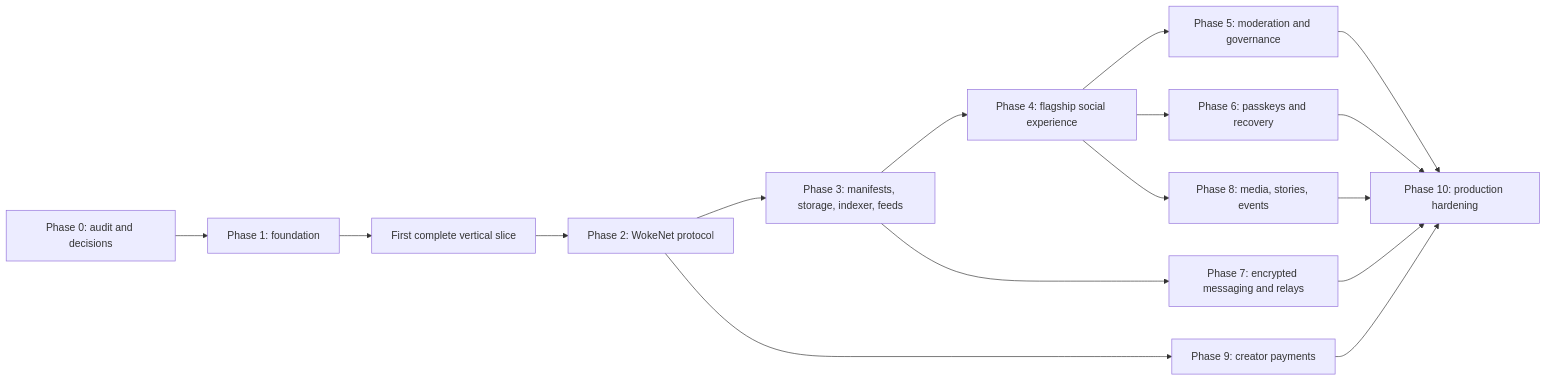
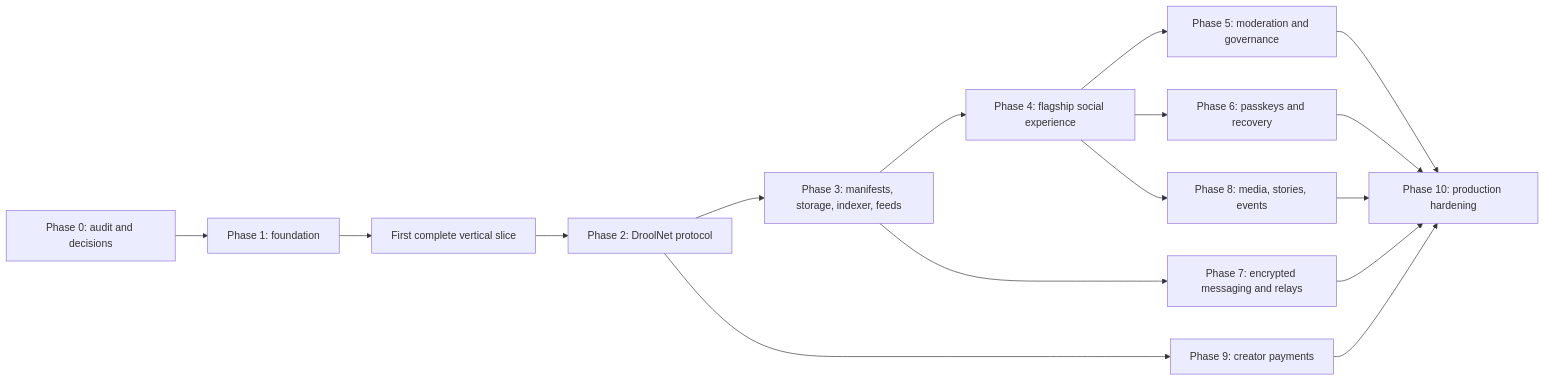
Before and after one commit to droolson/wetdrool: the diagram in docs/ROADMAP.md, drawn with Mermaid. The commit also changed other lines of this file and 588 other files, not shown here.

````diff
--- a/docs/ROADMAP.md
+++ b/docs/ROADMAP.md
@@ -67,18 +67,18 @@
 ```mermaid
 flowchart LR
     P0["Phase 0: audit and decisions"] --> P1["Phase 1: foundation"]
     P1 --> V["First complete vertical slice"]
-    V --> P2["Phase 2: WokeNet protocol"]
+    V --> P2["Phase 2: DroolNet protocol"]
     P2 --> P3["Phase 3: manifests, storage, indexer, feeds"]
     P3 --> P4["Phase 4: flagship social experience"]
     P4 --> P5["Phase 5: moderation and governance"]
     P4 --> P6["Phase 6: passkeys and recovery"]
     P3 --> P7["Phase 7: encrypted messaging and relays"]
     P4 --> P8["Phase 8: media, stories, events"]
     P2 --> P9["Phase 9: creator payments"]
     P5 --> P10["Phase 10: production hardening"]
     P6 --> P10
     P7 --> P10
     P8 --> P10
     P9 --> P10
 ```
````
